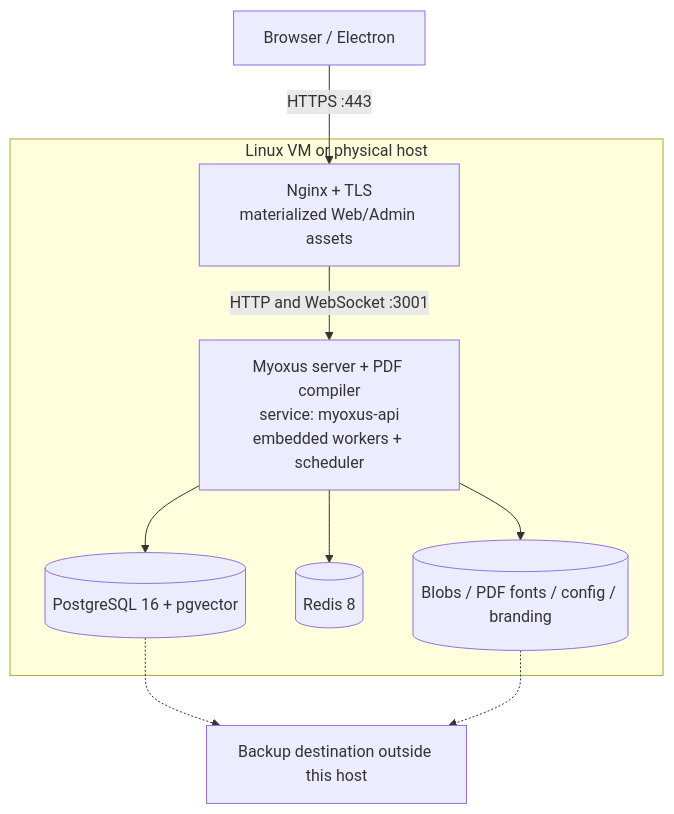
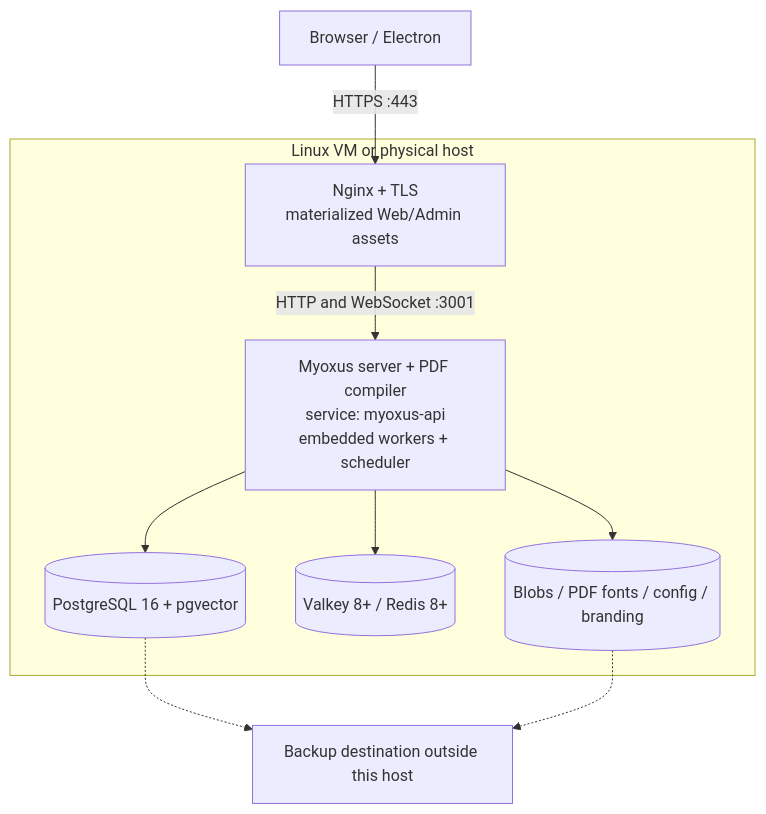
Before and after one commit to superions/myoxus: the second of 3 diagrams in docs/ops/getting-started/installation-decision.md, drawn with Mermaid. The commit also changed other lines of this file and 572 other files, not shown here.

````diff
--- a/docs/ops/getting-started/installation-decision.md
+++ b/docs/ops/getting-started/installation-decision.md
@@ -102,17 +102,17 @@
 ```mermaid
 flowchart TB
   users["Browser / Electron"] -->|"HTTPS :443"| web
   subgraph host["Linux VM or physical host"]
     web["Nginx + TLS<br/>materialized Web/Admin assets"]
     api["Myoxus server + PDF compiler<br/>service: myoxus-api<br/>embedded workers + scheduler"]
     pg[("PostgreSQL 16 + pgvector")]
-    redis[("Redis 8")]
+    redis[("Valkey 8+ / Redis 8+")]
     files[("Blobs / PDF fonts / config / branding")]
     web -->|"HTTP and WebSocket :3001"| api
     api --> pg
     api --> redis
     api --> files
   end
   pg -.-> backup["Backup destination outside this host"]
   files -.-> backup
 ```
````
